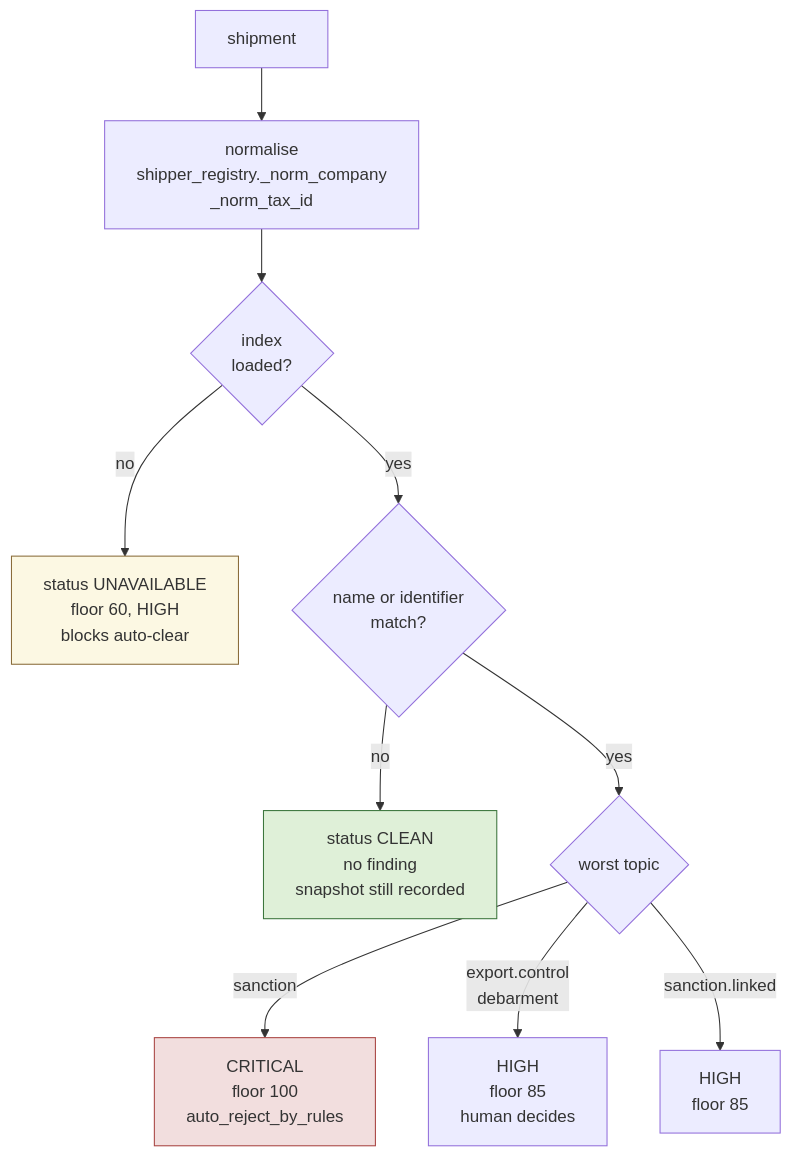
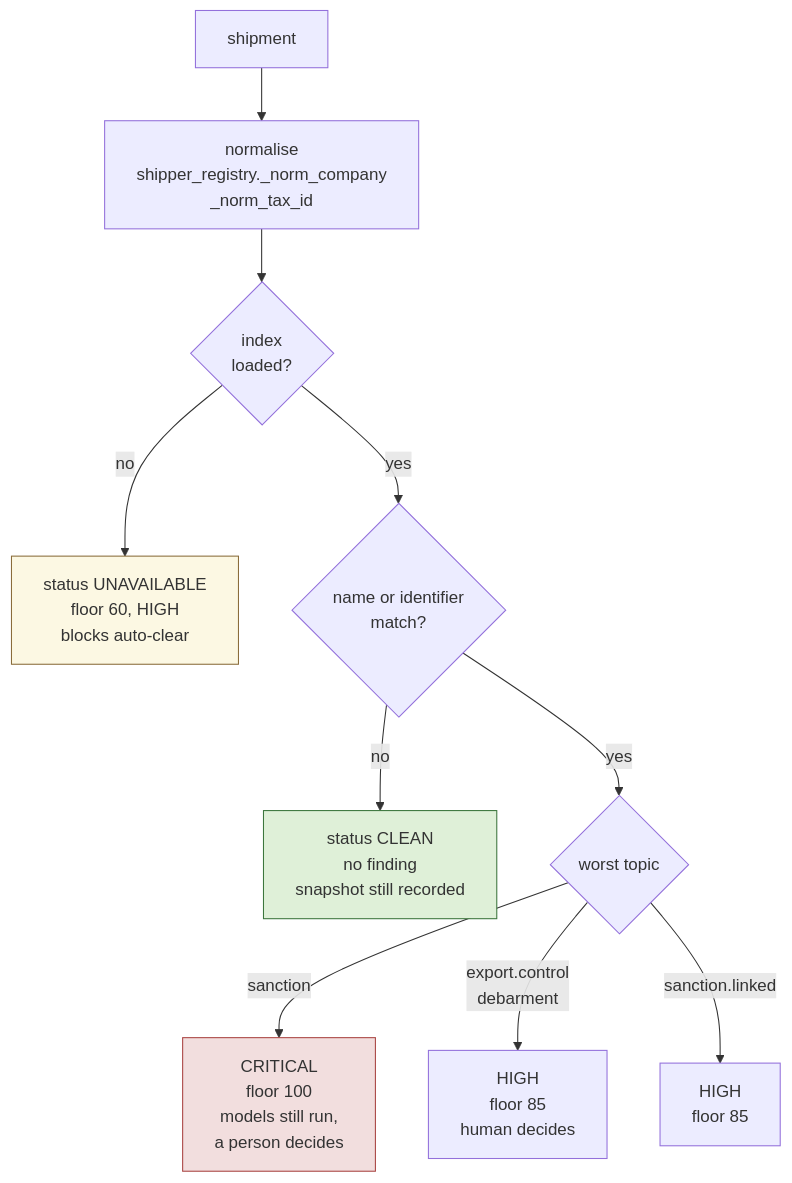
One commit to hoachauphuoc/vf-logistics-nebius-nvidia changed the third of 3 diagrams in docs/diagrams/flow-1-sanctions-refresh.md. Above: the diagram before and after it, drawn with Mermaid. The commit also changed 10 other files, not shown here.

First line of the commit message:
Docs: finish ARCHITECTURE, PROJECT_STORY, DEMO_SCRIPT, diagrams and console help text

````diff
--- a/docs/diagrams/flow-1-sanctions-refresh.md
+++ b/docs/diagrams/flow-1-sanctions-refresh.md
@@ -113,19 +113,19 @@
 ```mermaid
 flowchart TD
     S["shipment"] --> N["normalise<br/>shipper_registry._norm_company<br/>_norm_tax_id"]
     N --> L{"index<br/>loaded?"}
 
     L -->|"no"| U["status UNAVAILABLE<br/>floor 60, HIGH<br/>blocks auto-clear"]
     L -->|"yes"| M{"name or identifier<br/>match?"}
 
     M -->|"no"| C["status CLEAN<br/>no finding<br/>snapshot still recorded"]
     M -->|"yes"| T{"worst topic"}
 
-    T -->|"sanction"| CR["CRITICAL<br/>floor 100<br/>auto_reject_by_rules"]
+    T -->|"sanction"| CR["CRITICAL<br/>floor 100<br/>models still run,<br/>a person decides"]
     T -->|"export.control<br/>debarment"| H["HIGH<br/>floor 85<br/>human decides"]
     T -->|"sanction.linked"| MD["HIGH<br/>floor 85"]
 
     style U fill:#fcf8e3,stroke:#8a6d3b
     style CR fill:#f2dede,stroke:#a94442
     style C fill:#dff0d8,stroke:#3c763d
 ```
````
